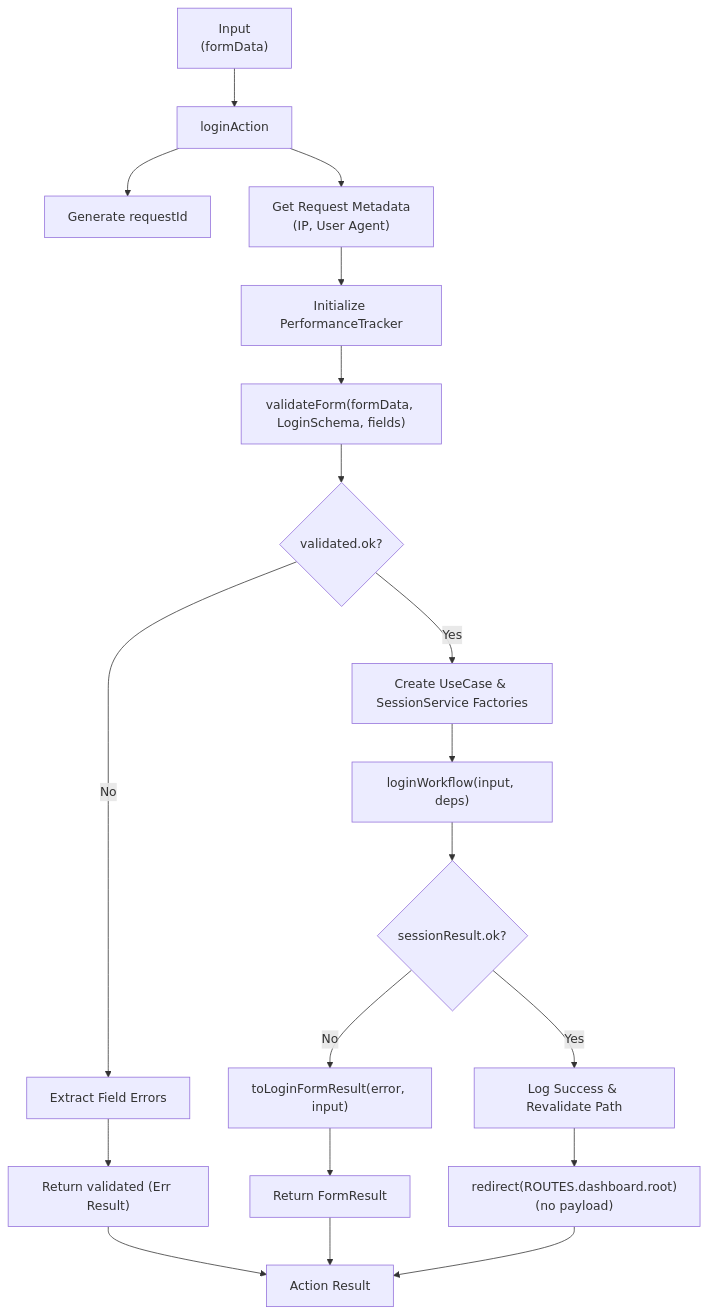
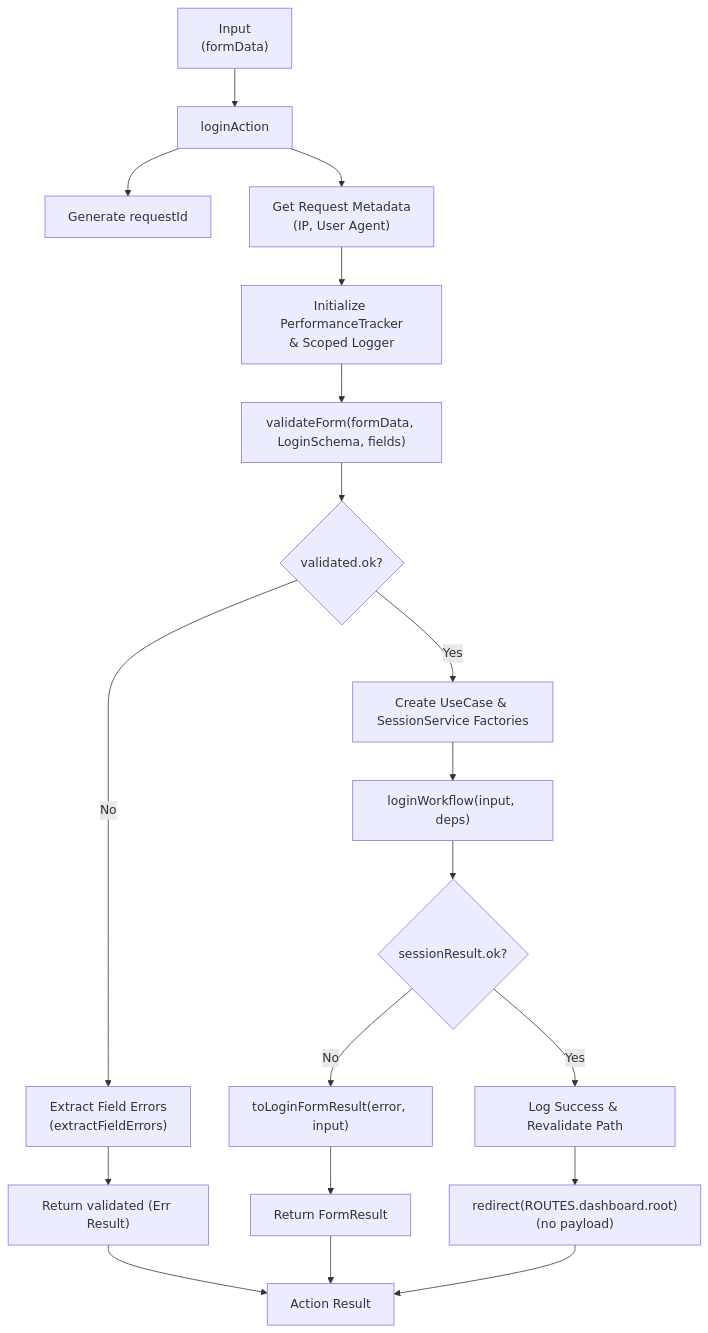
The first of 6 diagrams in src/modules/auth/notes/flowcharts.md (andrewpetersondev/nextjs-dashboard), drawn with Mermaid before and after one commit. The commit also changed other lines of this file and 1 other file, not shown here.

Commit message:
docs: update flowcharts and sequence diagrams for login workflow and session establishment, enhancing clarity and anti-enumeration logic

````diff
--- a/src/modules/auth/notes/flowcharts.md
+++ b/src/modules/auth/notes/flowcharts.md
@@ -9,40 +9,40 @@
 ```mermaid
 flowchart TD
 %% Inputs
   A["Input<br/>(formData)"] --> B[loginAction]
 
 %% Preparation
   B --> C["Generate requestId"]
   B --> D["Get Request Metadata<br/>(IP, User Agent)"]
-  D --> TRACK["Initialize PerformanceTracker"]
+  D --> TRACK["Initialize PerformanceTracker<br/>& Scoped Logger"]
 
 %% Validation
   TRACK --> E["validateForm(formData, LoginSchema, fields)"]
 
 %% Validation Decision
   E --> F{"validated.ok?"}
 
 %% Validation Error Path
-  F -->|No| G["Extract Field Errors"]
+  F -->|No| G["Extract Field Errors<br/>(extractFieldErrors)"]
   G --> H["Return validated (Err Result)"]
 
 %% Workflow Execution
   F -->|Yes| I["Create UseCase & SessionService Factories"]
   I --> J["loginWorkflow(input, deps)"]
 
 %% Workflow Result Decision
   J --> K{"sessionResult.ok?"}
 
 %% Workflow Failure Path
   K -->|No| L["toLoginFormResult(error, input)"]
   L --> M["Return FormResult"]
 
 %% Workflow Success Path
   K -->|Yes| N["Log Success & Revalidate Path"]
   N --> O["redirect(ROUTES.dashboard.root)<br/>(no payload)"]
 
 %% Outputs
   H --> Z["Action Result"]
   M --> Z
   O --> Z
 ```
````
